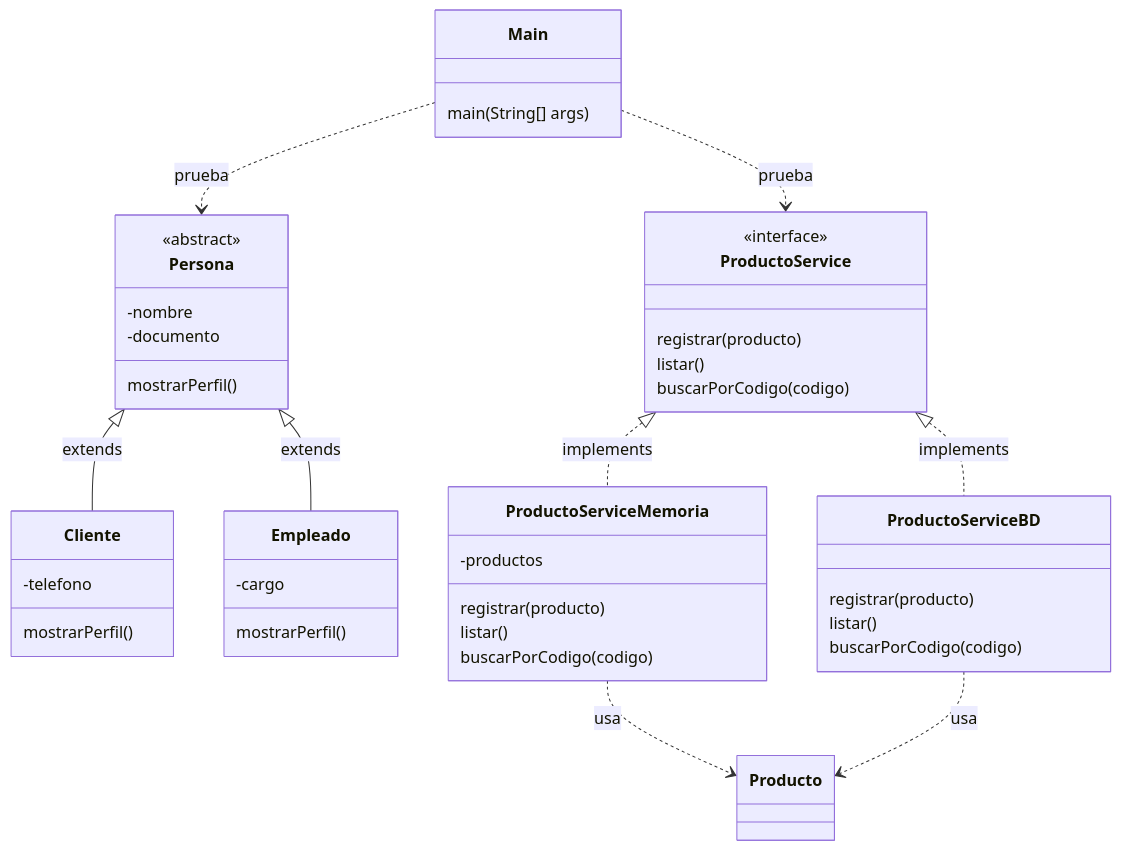
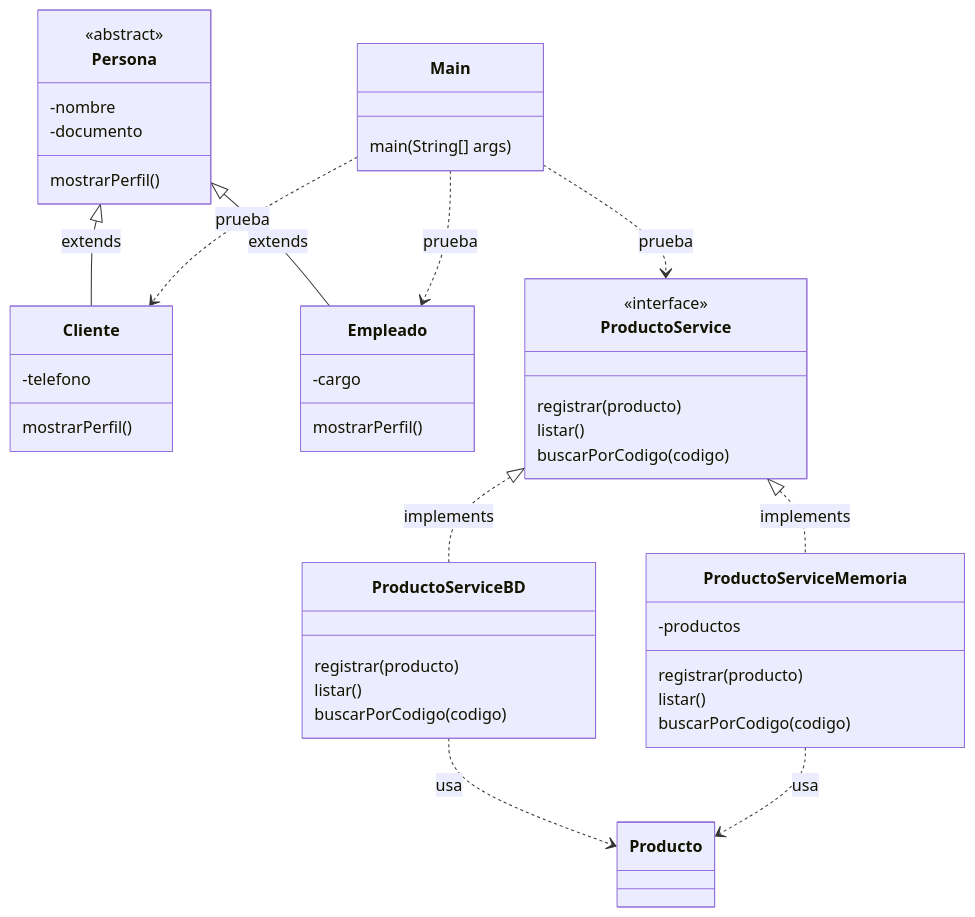
The diagram in docs/S04_Herencia_Polimorfismo.md (262poo/comarket), drawn with Mermaid before and after one commit. The commit also changed other lines of this file and 10 other files, not shown here.

````diff
--- a/docs/S04_Herencia_Polimorfismo.md
+++ b/docs/S04_Herencia_Polimorfismo.md
@@ -67,48 +67,49 @@
 ```mermaid
 classDiagram
     class Main {
         main(String[] args)
     }
 
     class Persona {
         <<abstract>>
         -nombre
         -documento
         mostrarPerfil()
     }
     class Cliente {
         -telefono
         mostrarPerfil()
     }
     class Empleado {
         -cargo
         mostrarPerfil()
     }
 
     class ProductoService {
         <<interface>>
         registrar(producto)
         listar()
         buscarPorCodigo(codigo)
     }
     class ProductoServiceMemoria {
         -productos
         registrar(producto)
         listar()
         buscarPorCodigo(codigo)
     }
     class ProductoServiceBD {
         registrar(producto)
         listar()
         buscarPorCodigo(codigo)
     }
 
-    Main ..> Persona : prueba
+    Main ..> Cliente : prueba
+    Main ..> Empleado : prueba
     Main ..> ProductoService : prueba
     Persona <|-- Cliente : extends
     Persona <|-- Empleado : extends
     ProductoService <|.. ProductoServiceMemoria : implements
     ProductoService <|.. ProductoServiceBD : implements
     ProductoServiceMemoria ..> Producto : usa
     ProductoServiceBD ..> Producto : usa
 ```
````
